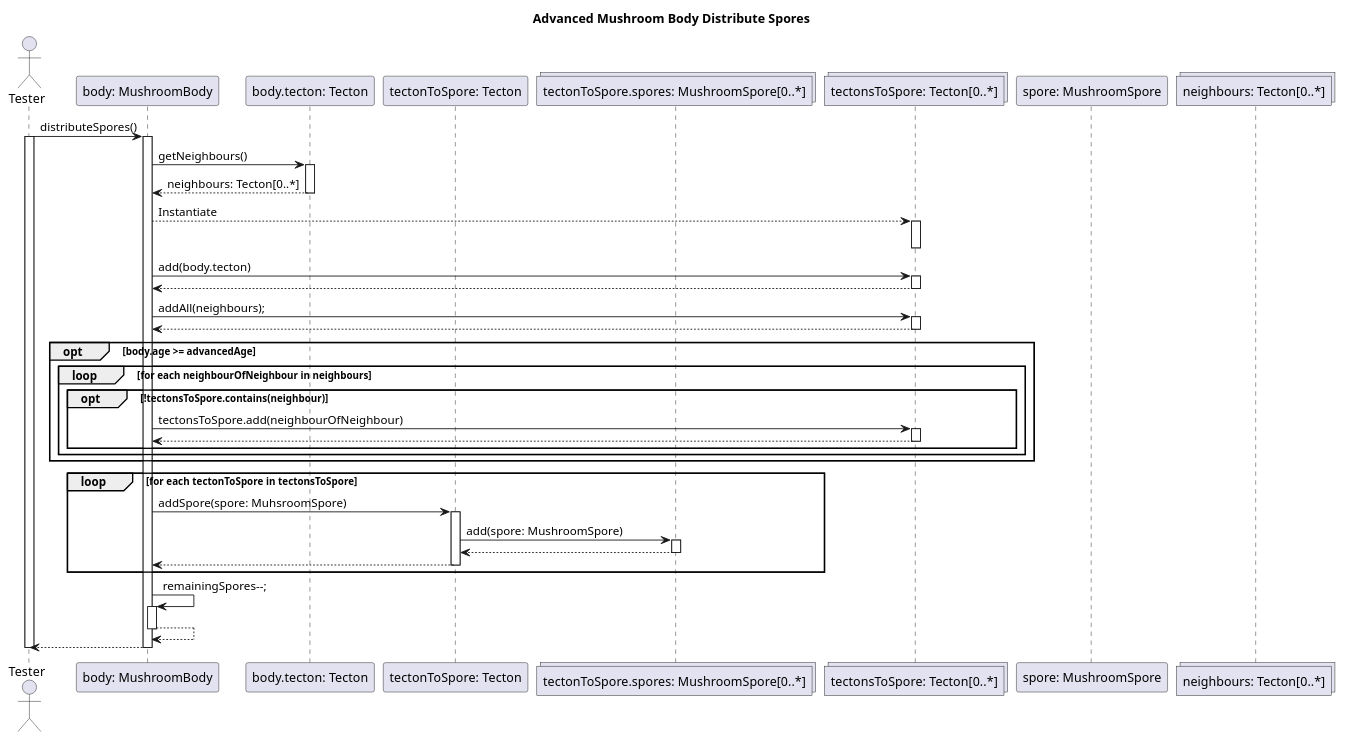
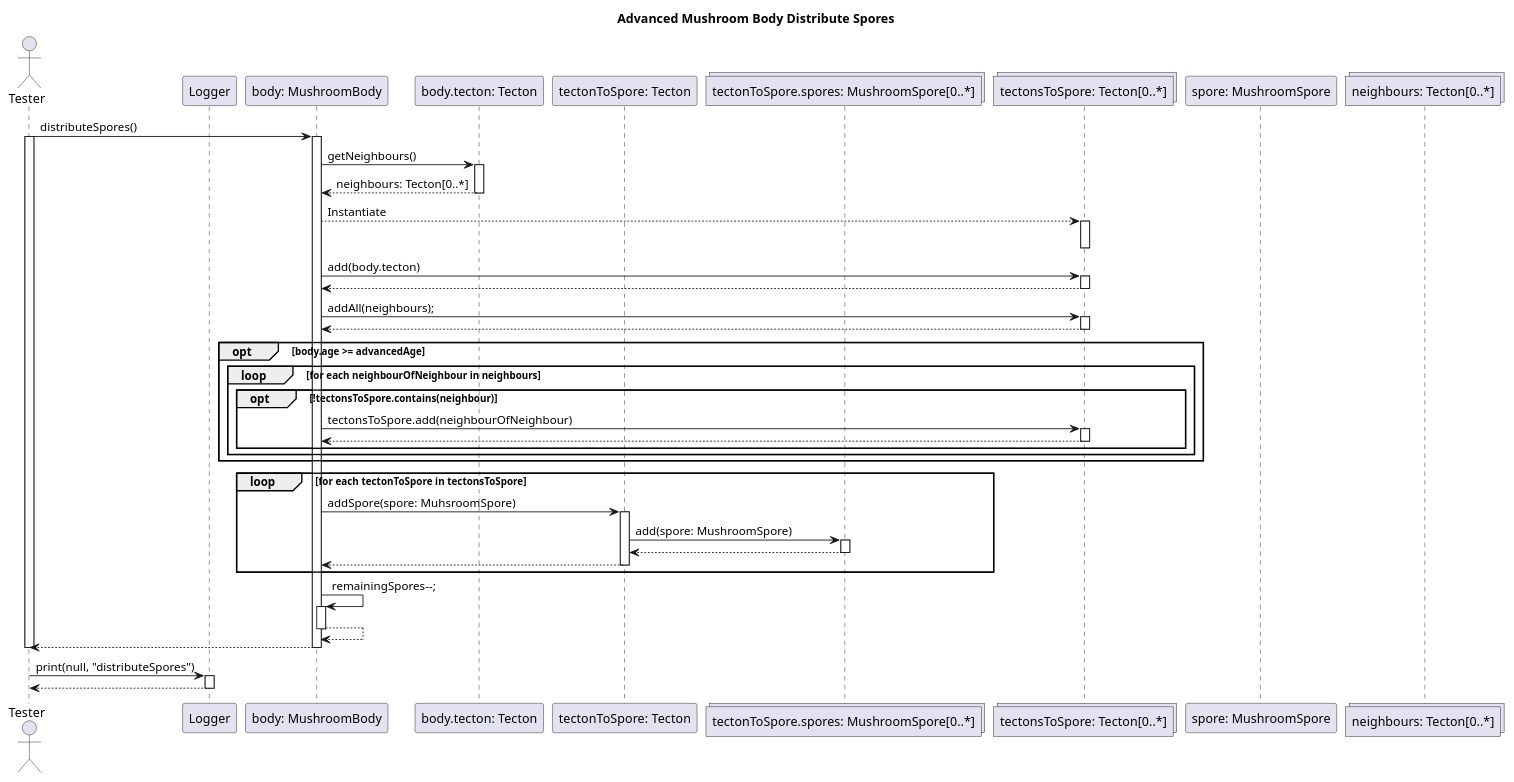
Before and after one commit to dzsem/projlab: the diagram in diagrams/test-sequence/mushroom/advancedMushroomBodyDistributeSpores.wsd, drawn with PlantUML. The commit also changed 1 other file, not shown here.

```diff
--- a/diagrams/test-sequence/mushroom/advancedMushroomBodyDistributeSpores.wsd
+++ b/diagrams/test-sequence/mushroom/advancedMushroomBodyDistributeSpores.wsd
@@ -1,72 +1,79 @@
 @startuml Advanced Mushroom Body Distribute Spores
 
 title Advanced Mushroom Body Distribute Spores
 
 actor "Tester" as tester
+
+participant "Logger" as logger
+
 participant "body: MushroomBody" as body
 participant "body.tecton: Tecton" as tecton
 participant "tectonToSpore: Tecton" as tectonToSpore
 collections "tectonToSpore.spores: MushroomSpore[0..*]" as spores
 collections "tectonsToSpore: Tecton[0..*]" as tectons 
 
 participant "spore: MushroomSpore"
 collections "neighbours: Tecton[0..*]"
 
 tester -> body : distributeSpores()
 activate tester
 activate body
 
 body -> tecton : getNeighbours()
 
 activate tecton
 tecton --> body : neighbours: Tecton[0..*]
 deactivate tecton
 
 body --> tectons: Instantiate
 activate tectons
 deactivate tectons
     body -> tectons: add(body.tecton)
     activate tectons
     tectons --> body
     deactivate tectons
     
     body -> tectons: addAll(neighbours);
     activate tectons
     tectons --> body
     deactivate tectons
 
     opt body.age >= advancedAge
         loop for each neighbourOfNeighbour in neighbours
             opt !tectonsToSpore.contains(neighbour)
                 body -> tectons: tectonsToSpore.add(neighbourOfNeighbour)
                 activate tectons
                 tectons --> body
                 deactivate tectons
             end
         end
     end
 
     loop for each tectonToSpore in tectonsToSpore
         body -> tectonToSpore : addSpore(spore: MuhsroomSpore)
         activate tectonToSpore
 
         tectonToSpore -> spores: add(spore: MushroomSpore)
         activate spores
         spores --> tectonToSpore
         deactivate spores
 
         tectonToSpore --> body 
         deactivate tectonToSpore
     end
 
     body -> body: remainingSpores--;
     activate body
     body --> body
     deactivate body
 
 tester <-- body
 deactivate body
 deactivate tester
 
+tester -> logger: print(null, "distributeSpores")
+activate logger
+logger --> tester
+deactivate logger
 
 @enduml
```
